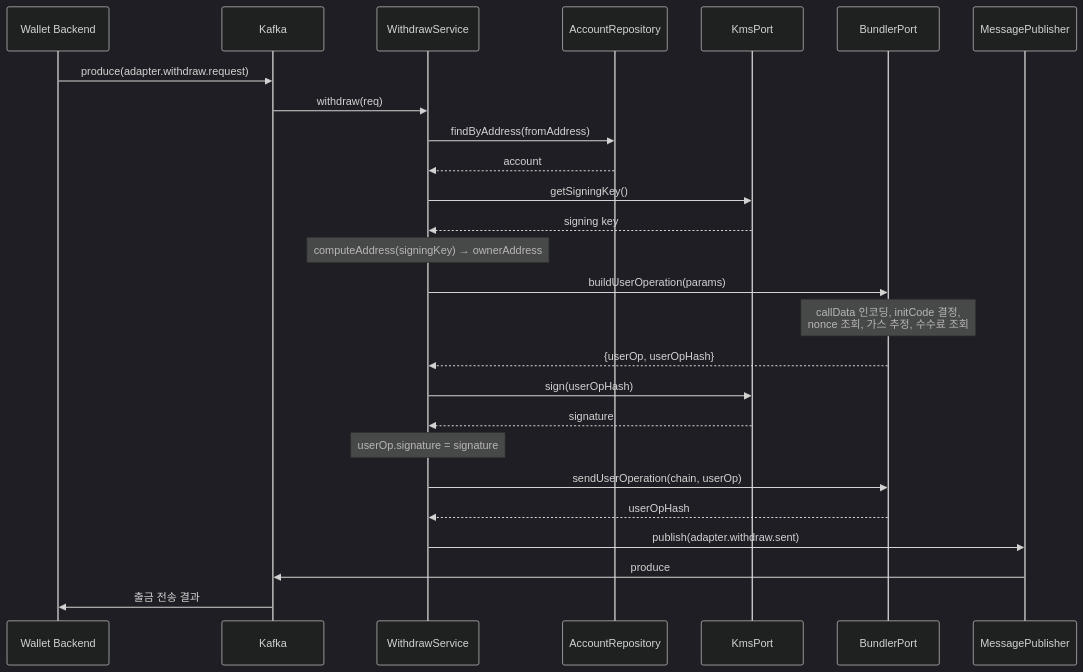
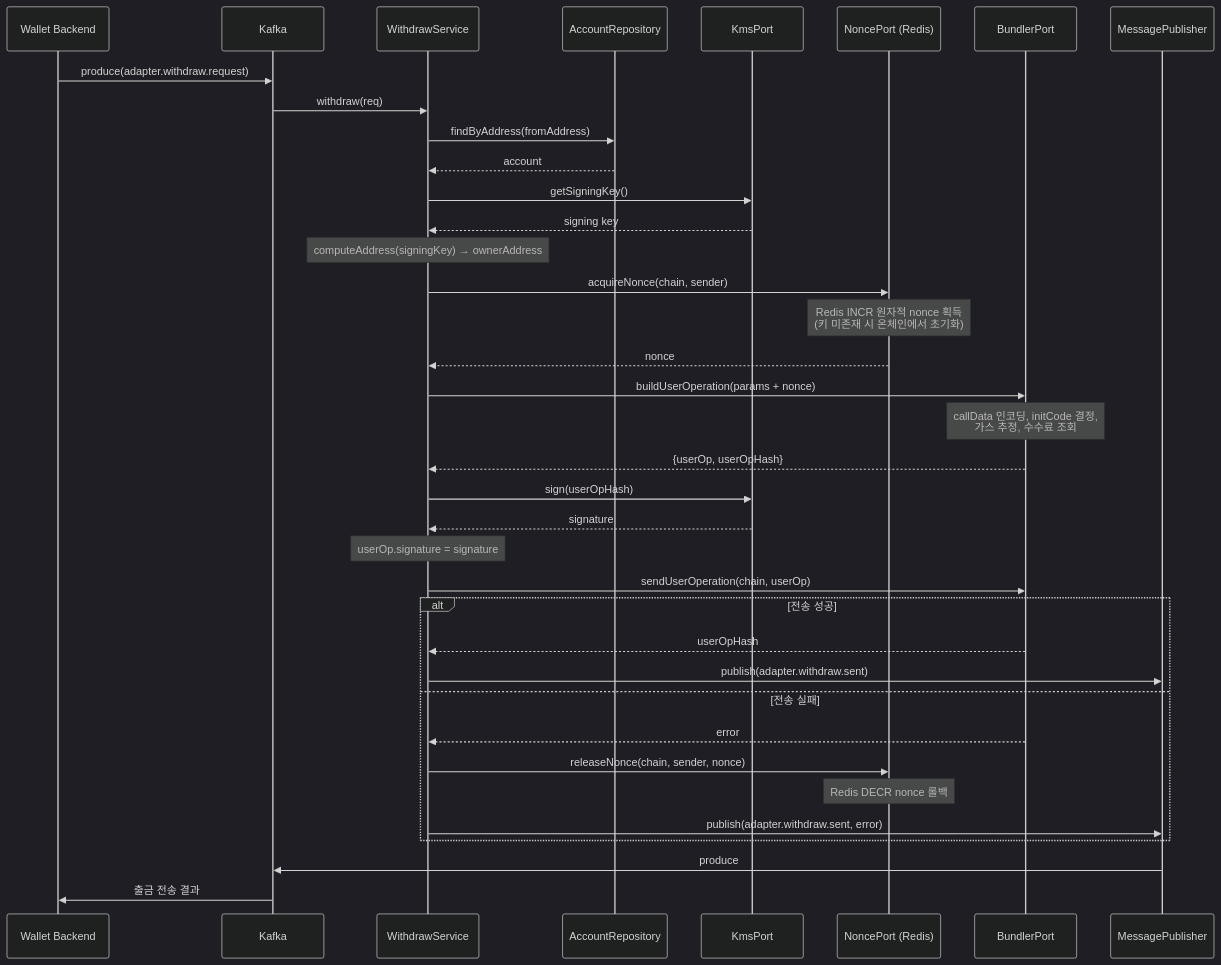
The fourth of 5 diagrams in docs/interface-spec.md (byunyourim/BC_Adapter), drawn with Mermaid (dark theme) before and after one commit. The commit also changed other lines of this file and 1 other file, not shown here.

````diff
--- a/docs/interface-spec.md
+++ b/docs/interface-spec.md
@@ -1115,35 +1508,48 @@
 ```mermaid
 sequenceDiagram
     participant WB as Wallet Backend
     participant K as Kafka
     participant WS as WithdrawService
     participant DB as AccountRepository
     participant KMS as KmsPort
+    participant NP as NoncePort (Redis)
     participant BU as BundlerPort
     participant PUB as MessagePublisher
 
     WB->>K: produce(adapter.withdraw.request)
     K->>WS: withdraw(req)
 
     WS->>DB: findByAddress(fromAddress)
     DB-->>WS: account
 
     WS->>KMS: getSigningKey()
     KMS-->>WS: signing key
     Note over WS: computeAddress(signingKey) → ownerAddress
 
-    WS->>BU: buildUserOperation(params)
-    Note over BU: callData 인코딩, initCode 결정,<br/>nonce 조회, 가스 추정, 수수료 조회
+    WS->>NP: acquireNonce(chain, sender)
+    Note over NP: Redis INCR 원자적 nonce 획득<br/>(키 미존재 시 온체인에서 초기화)
+    NP-->>WS: nonce
+
+    WS->>BU: buildUserOperation(params + nonce)
+    Note over BU: callData 인코딩, initCode 결정,<br/>가스 추정, 수수료 조회
     BU-->>WS: {userOp, userOpHash}
 
     WS->>KMS: sign(userOpHash)
     KMS-->>WS: signature
     Note over WS: userOp.signature = signature
 
     WS->>BU: sendUserOperation(chain, userOp)
-    BU-->>WS: userOpHash
 
-    WS->>PUB: publish(adapter.withdraw.sent)
+    alt 전송 성공
+        BU-->>WS: userOpHash
+        WS->>PUB: publish(adapter.withdraw.sent)
+    else 전송 실패
+        BU-->>WS: error
+        WS->>NP: releaseNonce(chain, sender, nonce)
+        Note over NP: Redis DECR nonce 롤백
+        WS->>PUB: publish(adapter.withdraw.sent, error)
+    end
+
     PUB->>K: produce
     K->>WB: 출금 전송 결과
 ```
````
